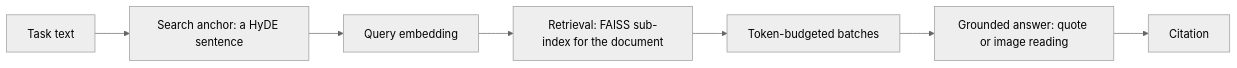
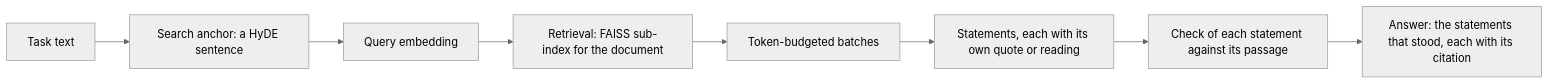
Before and after one commit to OpenEnergyPlatform/municipal-heat-planning-pdf-processing: the diagram in docs/_intros/stages/inference.md, drawn with Mermaid (neutral theme). The commit also changed other lines of this file and 197 other files, not shown here.

````diff
--- a/docs/_intros/stages/inference.md
+++ b/docs/_intros/stages/inference.md
@@ -45,9 +47,10 @@
 ```mermaid
 flowchart LR
     task[Task text] --> anchor[Search anchor: a HyDE sentence]
     anchor --> embed[Query embedding]
     embed --> retrieve[Retrieval: FAISS sub-index for the document]
     retrieve --> batch[Token-budgeted batches]
-    batch --> answer[Grounded answer: quote or image reading]
-    answer --> citation[Citation]
+    batch --> statements[Statements, each with its own quote or reading]
+    statements --> check[Check of each statement against its passage]
+    check --> answer[Answer: the statements that stood, each with its citation]
 ```
````
